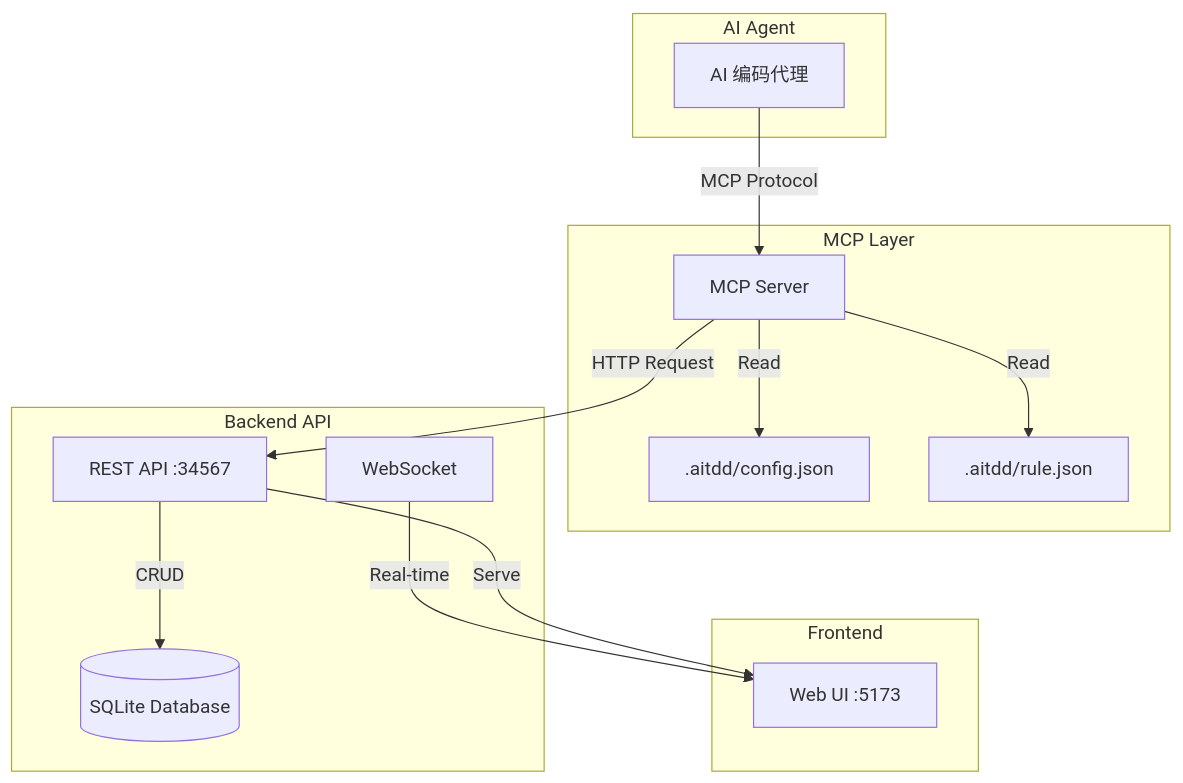
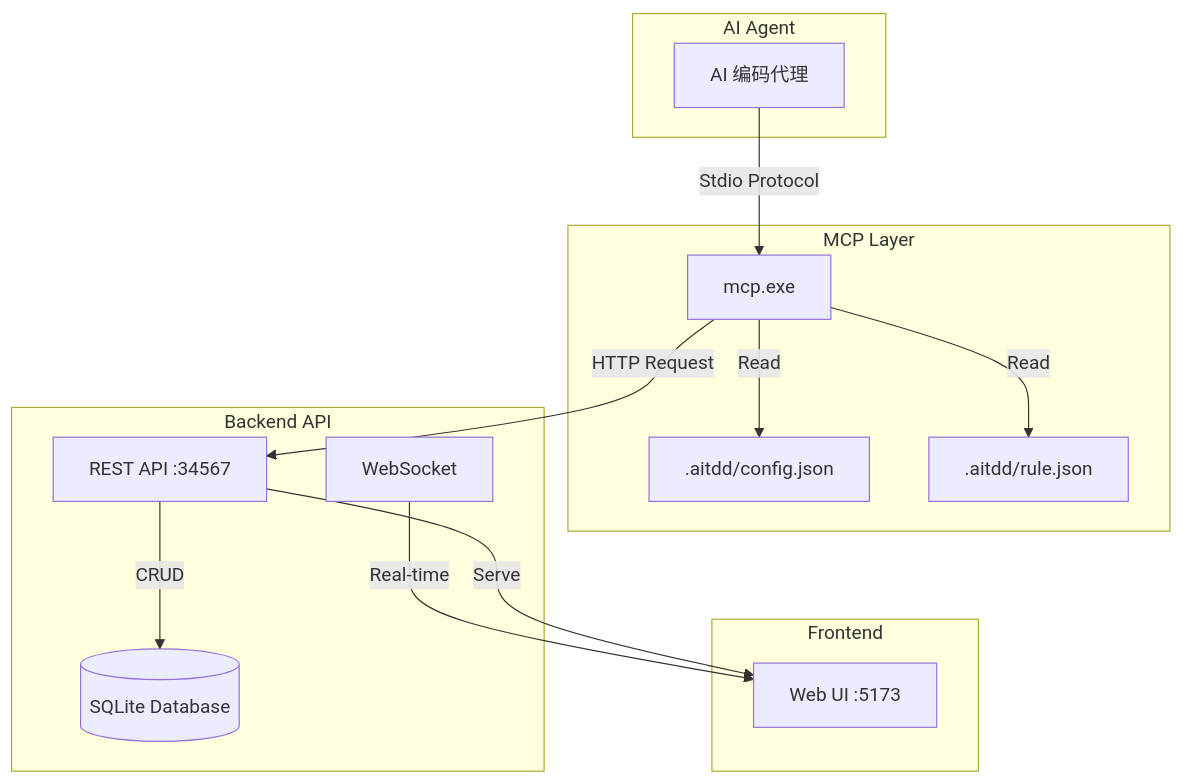
Before and after one commit to lujunchen71/AITDD: the second of 5 diagrams in plans/mcp-design.md, drawn with Mermaid. The commit also changed other lines of this file and 18 other files, not shown here.

````diff
--- a/plans/mcp-design.md
+++ b/plans/mcp-design.md
@@ -7,30 +62,30 @@
 ```mermaid
 graph TB
     subgraph AI Agent
         Agent[AI 编码代理]
     end
     
     subgraph MCP Layer
-        MCP[MCP Server]
+        MCP[mcp.exe]
         Config[.aitdd/config.json]
         Rule[.aitdd/rule.json]
     end
     
     subgraph Backend API
         API[REST API :34567]
         WS[WebSocket]
         DB[(SQLite Database)]
     end
     
     subgraph Frontend
         UI[Web UI :5173]
     end
     
-    Agent -->|MCP Protocol| MCP
+    Agent -->|Stdio Protocol| MCP
     MCP -->|Read| Config
     MCP -->|Read| Rule
     MCP -->|HTTP Request| API
     API -->|CRUD| DB
     WS -->|Real-time| UI
     API -->|Serve| UI
 ```
````
